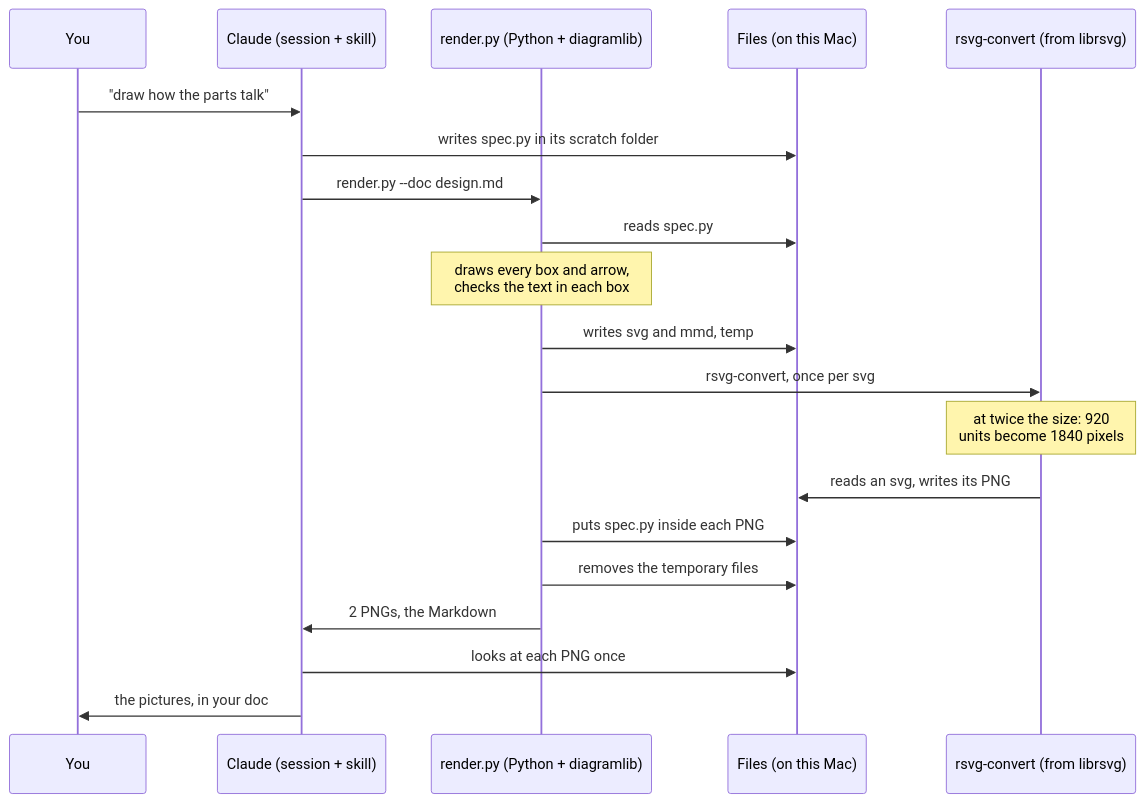
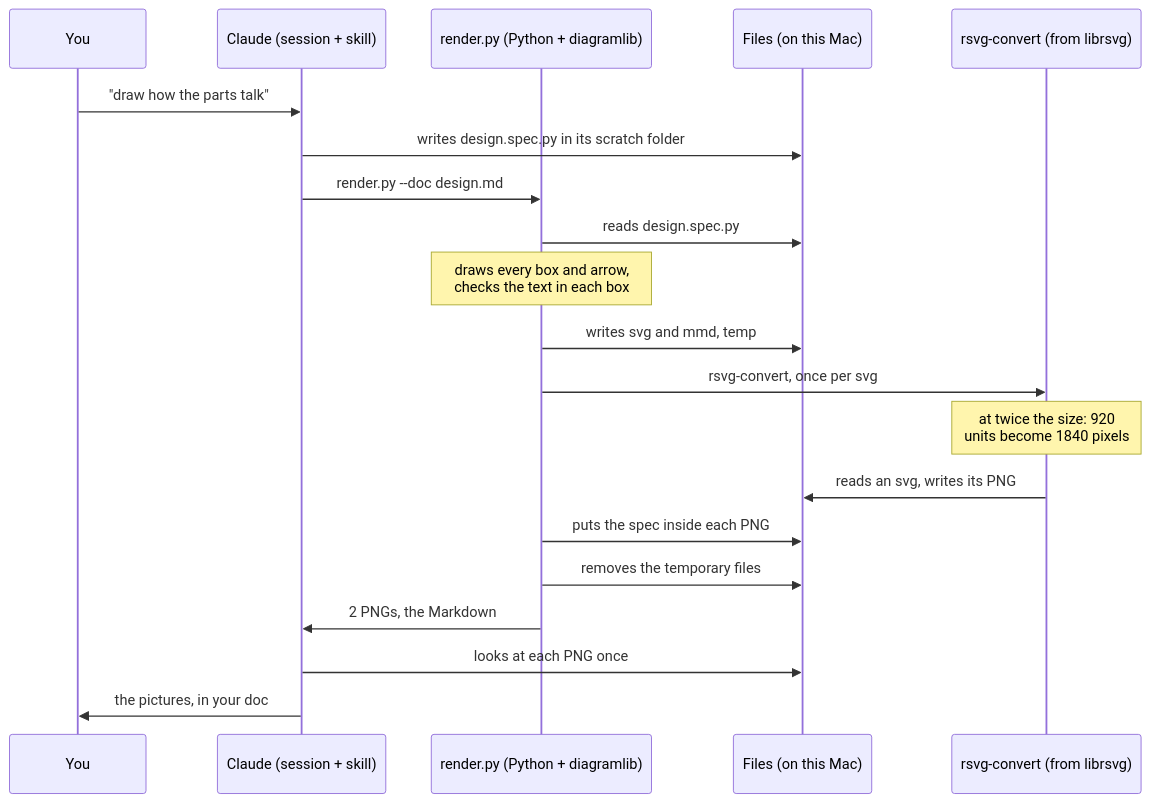
Before and after one commit to DanTanzer/dans-skills: the second of 2 diagrams in skills/readable-diagrams/HOW-IT-WORKS.md, drawn with Mermaid. The commit also changed other lines of this file and 10 other files, not shown here.

````diff
--- a/skills/readable-diagrams/HOW-IT-WORKS.md
+++ b/skills/readable-diagrams/HOW-IT-WORKS.md
@@ -68,22 +68,22 @@
 ```mermaid
 sequenceDiagram
   participant U as You
   participant C as Claude (session + skill)
   participant R as render.py (Python + diagramlib)
   participant F as Files (on this Mac)
   participant X as rsvg-convert (from librsvg)
   U->>C: "draw how the parts talk"
-  C->>F: writes spec.py in its scratch folder
+  C->>F: writes design.spec.py in its scratch folder
   C->>R: render.py --doc design.md
-  R->>F: reads spec.py
+  R->>F: reads design.spec.py
   Note over R: draws every box and arrow,<br/>checks the text in each box
   R->>F: writes svg and mmd, temp
   R->>X: rsvg-convert, once per svg
   Note over X: at twice the size: 920<br/>units become 1840 pixels
   X->>F: reads an svg, writes its PNG
-  R->>F: puts spec.py inside each PNG
+  R->>F: puts the spec inside each PNG
   R->>F: removes the temporary files
   R->>C: 2 PNGs, the Markdown
   C->>F: looks at each PNG once
   C->>U: the pictures, in your doc
 ```
````
